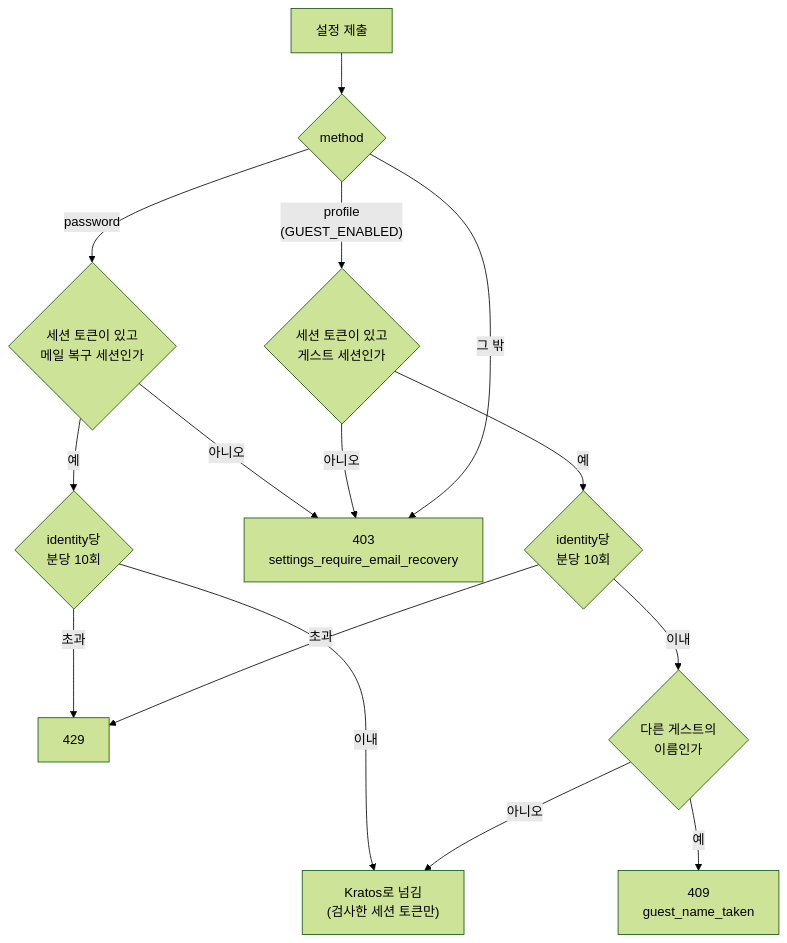
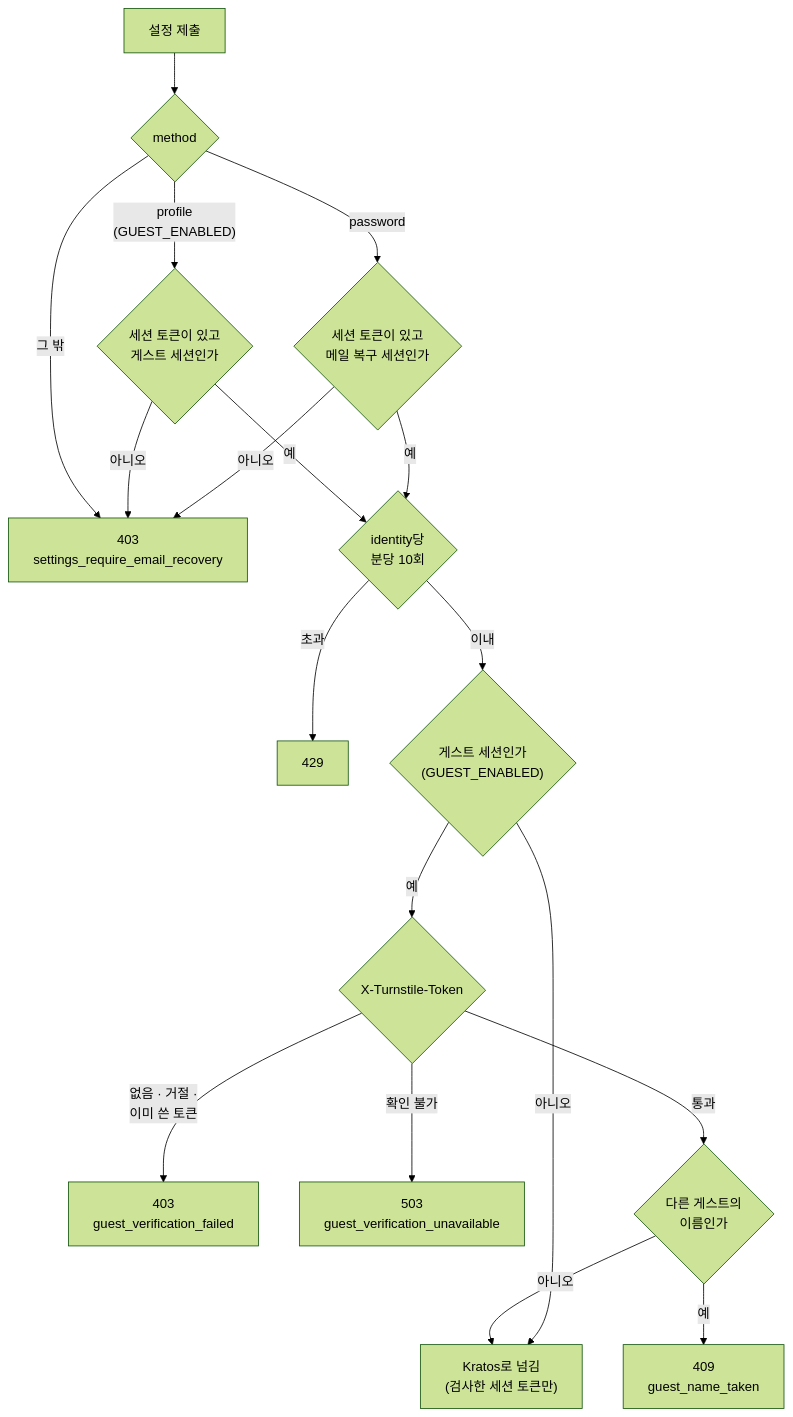
One commit to onprem-hipster-timer/backend changed the third of 3 diagrams in docs/guides/auth-proxy.ko.md. Above: the diagram before and after it, drawn with Mermaid (forest theme). The commit also changed other lines of this file and 13 other files, not shown here.

Commit message:
docs(guest): 게스트 단계마다 X-Turnstile-Token을 한 번만 받는 확인을 문서와 CHANGELOG에 반영한다

````diff
--- a/docs/guides/auth-proxy.ko.md
+++ b/docs/guides/auth-proxy.ko.md
@@ -67,17 +69,20 @@
 ```mermaid
 flowchart TD
     S["설정 제출"] --> M{"method"}
     M -->|"password"| P{"세션 토큰이 있고<br/>메일 복구 세션인가"}
-    P -->|"예"| PL{"identity당<br/>분당 10회"}
-    PL -->|"초과"| R429["429"]
-    PL -->|"이내"| FWD["Kratos로 넘김<br/>(검사한 세션 토큰만)"]
     P -->|"아니오"| R403["403<br/>settings_require_email_recovery"]
+    P -->|"예"| L{"identity당<br/>분당 10회"}
     M -->|"profile<br/>(GUEST_ENABLED)"| G{"세션 토큰이 있고<br/>게스트 세션인가"}
     G -->|"아니오"| R403
-    G -->|"예"| L{"identity당<br/>분당 10회"}
+    G -->|"예"| L
+    M -->|"그 밖"| R403
     L -->|"초과"| R429["429"]
-    L -->|"이내"| N{"다른 게스트의<br/>이름인가"}
+    L -->|"이내"| GS{"게스트 세션인가<br/>(GUEST_ENABLED)"}
+    GS -->|"아니오"| FWD["Kratos로 넘김<br/>(검사한 세션 토큰만)"]
+    GS -->|"예"| T{"X-Turnstile-Token"}
+    T -->|"없음 · 거절 ·<br/>이미 쓴 토큰"| T403["403<br/>guest_verification_failed"]
+    T -->|"확인 불가"| T503["503<br/>guest_verification_unavailable"]
+    T -->|"통과"| N{"다른 게스트의<br/>이름인가"}
     N -->|"예"| R409["409<br/>guest_name_taken"]
     N -->|"아니오"| FWD
-    M -->|"그 밖"| R403
 ```
````
